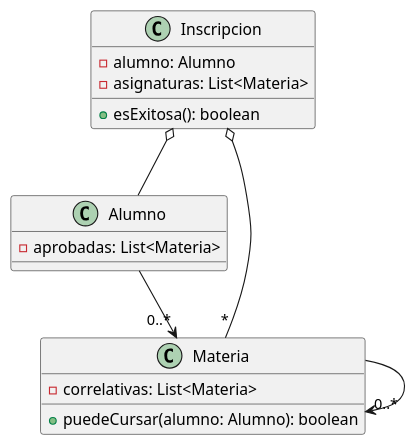
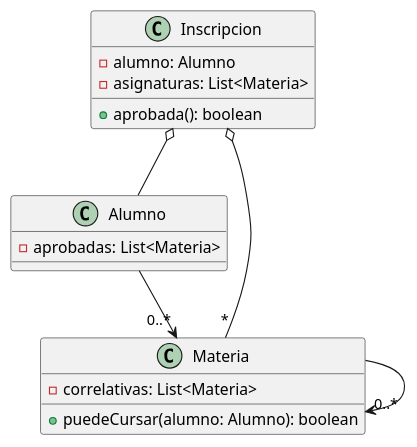
The diagram in diagrama-de-clases.puml (nahuelterrazas/dds-utn-tpi-correlatividades), drawn with PlantUML before and after one commit. The commit also changed 2 other files, not shown here.

```diff
--- a/diagrama-de-clases.puml
+++ b/diagrama-de-clases.puml
@@ -1,23 +1,23 @@
 @startuml
 
 Alumno --> "0..*"Materia
 Inscripcion o--"*" Materia
 Inscripcion o-- Alumno
 Materia --> "0..*"Materia
 
 class Inscripcion {
 - alumno: Alumno
 - asignaturas: List<Materia>
-+ esExitosa(): boolean
++ aprobada(): boolean
 }
 
 class Materia {
 - correlativas: List<Materia>
 + puedeCursar(alumno: Alumno): boolean
 }
 
 class Alumno {
 - aprobadas: List<Materia>
 }
 
 @enduml
```
